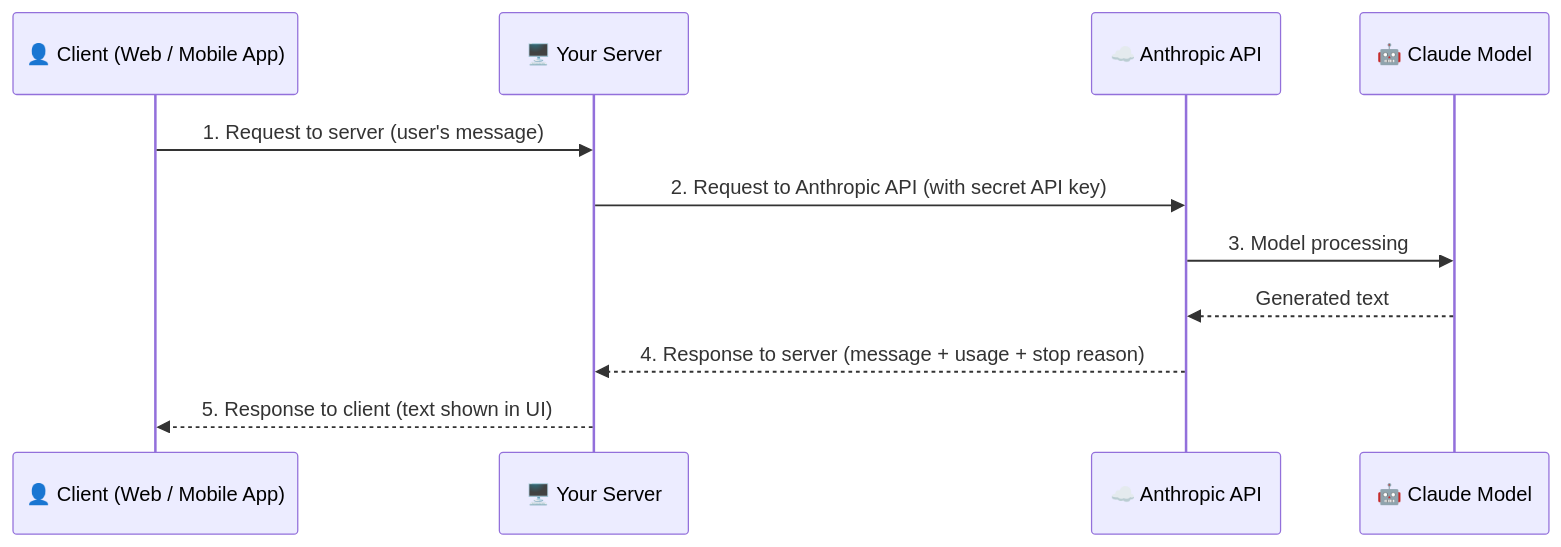
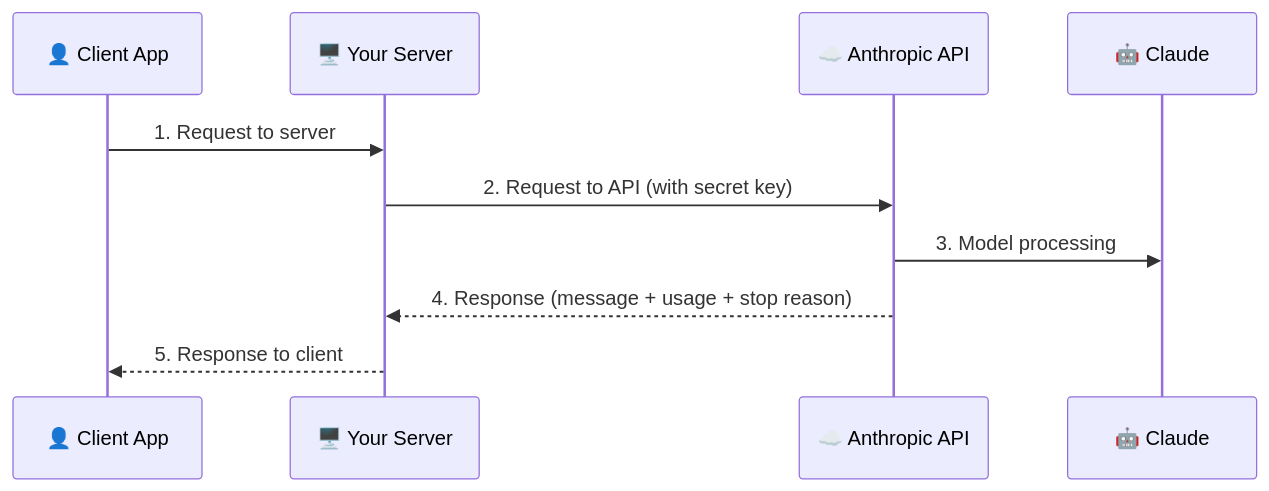
One commit to DevAshishY/Tech-portal changed the diagram in NOTES/AI-ENGINEER/AI_ENGINEER_NOTES.md. Above: the diagram before and after it, drawn with Mermaid. The commit also changed other lines of this file, not shown here.

````diff
--- a/NOTES/AI-ENGINEER/AI_ENGINEER_NOTES.md
+++ b/NOTES/AI-ENGINEER/AI_ENGINEER_NOTES.md
@@ -165,14 +139,12 @@
 ```mermaid
 sequenceDiagram
-    participant U as 👤 Client (Web / Mobile App)
+    participant U as 👤 Client App
     participant S as 🖥️ Your Server
     participant A as ☁️ Anthropic API
-    participant C as 🤖 Claude Model
-
-    U->>S: 1. Request to server (user's message)
-    S->>A: 2. Request to Anthropic API (with secret API key)
+    participant C as 🤖 Claude
+    U->>S: 1. Request to server
+    S->>A: 2. Request to API (with secret key)
     A->>C: 3. Model processing
-    C-->>A: Generated text
-    A-->>S: 4. Response to server (message + usage + stop reason)
-    S-->>U: 5. Response to client (text shown in UI)
+    A-->>S: 4. Response (message + usage + stop reason)
+    S-->>U: 5. Response to client
 ```
````
